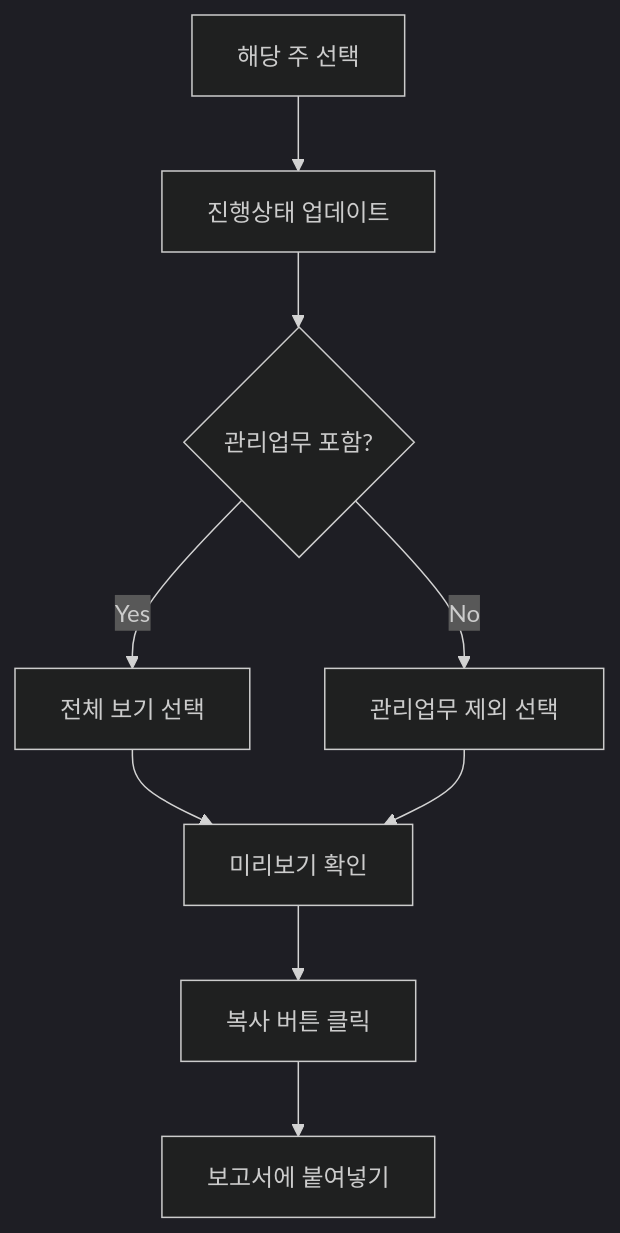
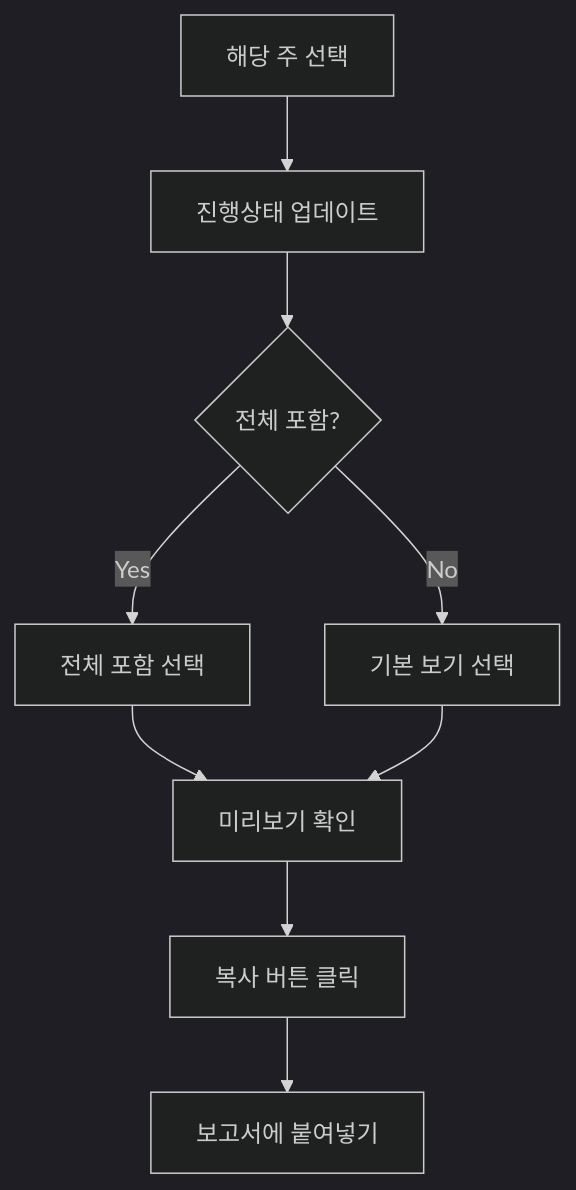
The diagram in src/docs/weekly-schedule.md (serbi2012/time-manager), drawn with Mermaid (dark theme) before and after one commit. The commit also changed other lines of this file and 55 other files, not shown here.

````diff
--- a/src/docs/weekly-schedule.md
+++ b/src/docs/weekly-schedule.md
@@ -135,11 +140,11 @@
 ```mermaid
 flowchart TB
     A[해당 주 선택] --> B[진행상태 업데이트]
-    B --> C{관리업무 포함?}
-    C -->|Yes| D[전체 보기 선택]
-    C -->|No| E[관리업무 제외 선택]
+    B --> C{전체 포함?}
+    C -->|Yes| D[전체 포함 선택]
+    C -->|No| E[기본 보기 선택]
     D --> F[미리보기 확인]
     E --> F
     F --> G[복사 버튼 클릭]
     G --> H[보고서에 붙여넣기]
 ```
````
